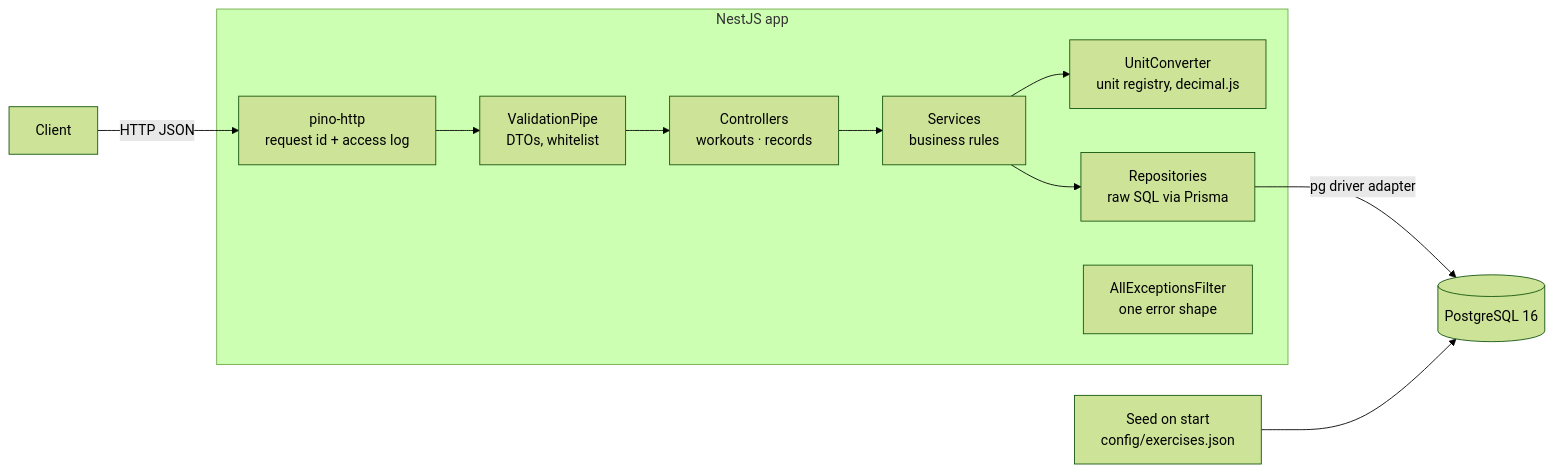
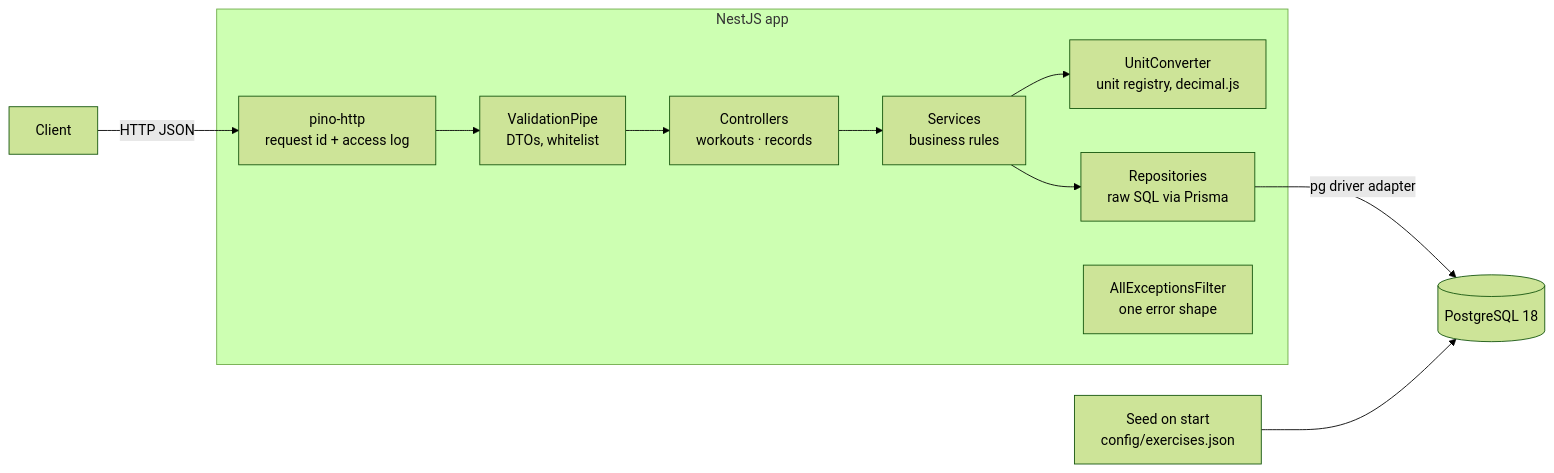
One commit to nguyentrigiang/everfit-workout-api changed the first of 2 diagrams in README.md. Above: the diagram before and after it, drawn with Mermaid (forest theme). The commit also changed other lines of this file and 4 other files, not shown here.

First line of the commit message:
Feature: Upgrade PostgreSQL from 16 to 18

````diff
--- a/README.md
+++ b/README.md
@@ -52,16 +52,16 @@
 ```mermaid
 flowchart LR
   Client -->|HTTP JSON| MW
 
   subgraph NestJS app
     MW["pino-http<br/>request id + access log"] --> Pipe["ValidationPipe<br/>DTOs, whitelist"]
     Pipe --> Ctrl["Controllers<br/>workouts · records"]
     Ctrl --> Svc["Services<br/>business rules"]
     Svc --> Units["UnitConverter<br/>unit registry, decimal.js"]
     Svc --> Repo["Repositories<br/>raw SQL via Prisma"]
     Filter["AllExceptionsFilter<br/>one error shape"]
   end
 
-  Repo -->|"pg driver adapter"| PG[(PostgreSQL 16)]
+  Repo -->|"pg driver adapter"| PG[(PostgreSQL 18)]
   Seed["Seed on start<br/>config/exercises.json"] --> PG
 ```
````
